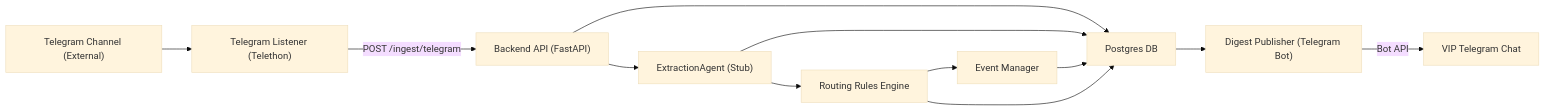
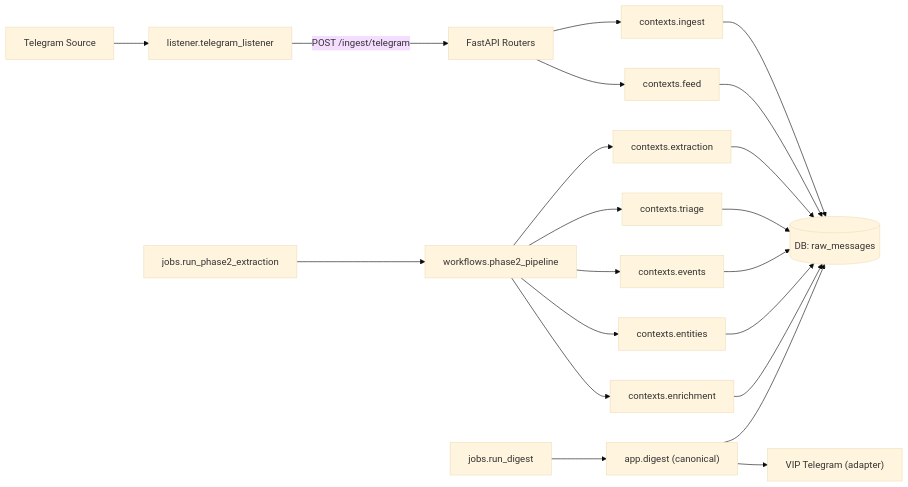
The diagram in docs/01-overview/architecture_overview.md (ciaranglansford/civic-quant), drawn with Mermaid (base theme) before and after one commit. The commit also changed other lines of this file and 91 other files, not shown here.

````diff
--- a/docs/01-overview/architecture_overview.md
+++ b/docs/01-overview/architecture_overview.md
@@ -63,24 +48,22 @@
 ```mermaid
 flowchart LR
-  tgChannel["Telegram Channel (External)"]
-  listener["Telegram Listener (Telethon)"]
-  api["Backend API (FastAPI)"]
-  extractor["ExtractionAgent (Stub)"]
-  router["Routing Rules Engine"]
-  eventMgr["Event Manager"]
-  db["Postgres DB"]
-  publisher["Digest Publisher (Telegram Bot)"]
-  vipChat["VIP Telegram Chat"]
-
-  tgChannel --> listener
-  listener -->|"POST /ingest/telegram"| api
-  api --> extractor
-  extractor --> router
-  router --> eventMgr
-  api --> db
-  extractor --> db
-  eventMgr --> db
-  router --> db
-  publisher -->|"Bot API"| vipChat
-  db --> publisher
+  tg["Telegram Source"] --> listener["listener.telegram_listener"]
+  listener -->|"POST /ingest/telegram"| api["FastAPI Routers"]
+  api --> ingest["contexts.ingest"]
+  ingest --> db[(DB: raw_messages)]
+  jobs["jobs.run_phase2_extraction"] --> wf["workflows.phase2_pipeline"]
+  wf --> extraction["contexts.extraction"]
+  wf --> triage["contexts.triage"]
+  wf --> events["contexts.events"]
+  wf --> entities["contexts.entities"]
+  wf --> enrich["contexts.enrichment"]
+  extraction --> db
+  triage --> db
+  events --> db
+  entities --> db
+  enrich --> db
+  digestJob["jobs.run_digest"] --> digest["app.digest (canonical)"]
+  digest --> db
+  digest --> vip["VIP Telegram (adapter)"]
+  api --> feed["contexts.feed"] --> db
 ```
````
